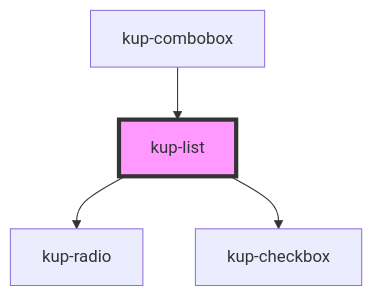
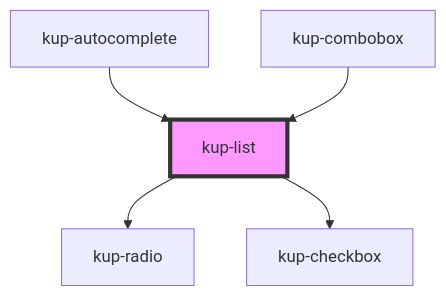
One commit to smeup/ketchup changed the diagram in packages/ketchup/src/components/kup-list/readme.md. Above: the diagram before and after it, drawn with Mermaid. The commit also changed other lines of this file and 32 other files, not shown here.

````diff
--- a/packages/ketchup/src/components/kup-list/readme.md
+++ b/packages/ketchup/src/components/kup-list/readme.md
@@ -41,7 +43,8 @@
 ```mermaid
 graph TD;
   kup-list --> kup-radio
   kup-list --> kup-checkbox
+  kup-autocomplete --> kup-list
   kup-combobox --> kup-list
   style kup-list fill:#f9f,stroke:#333,stroke-width:4px
 ```
````
